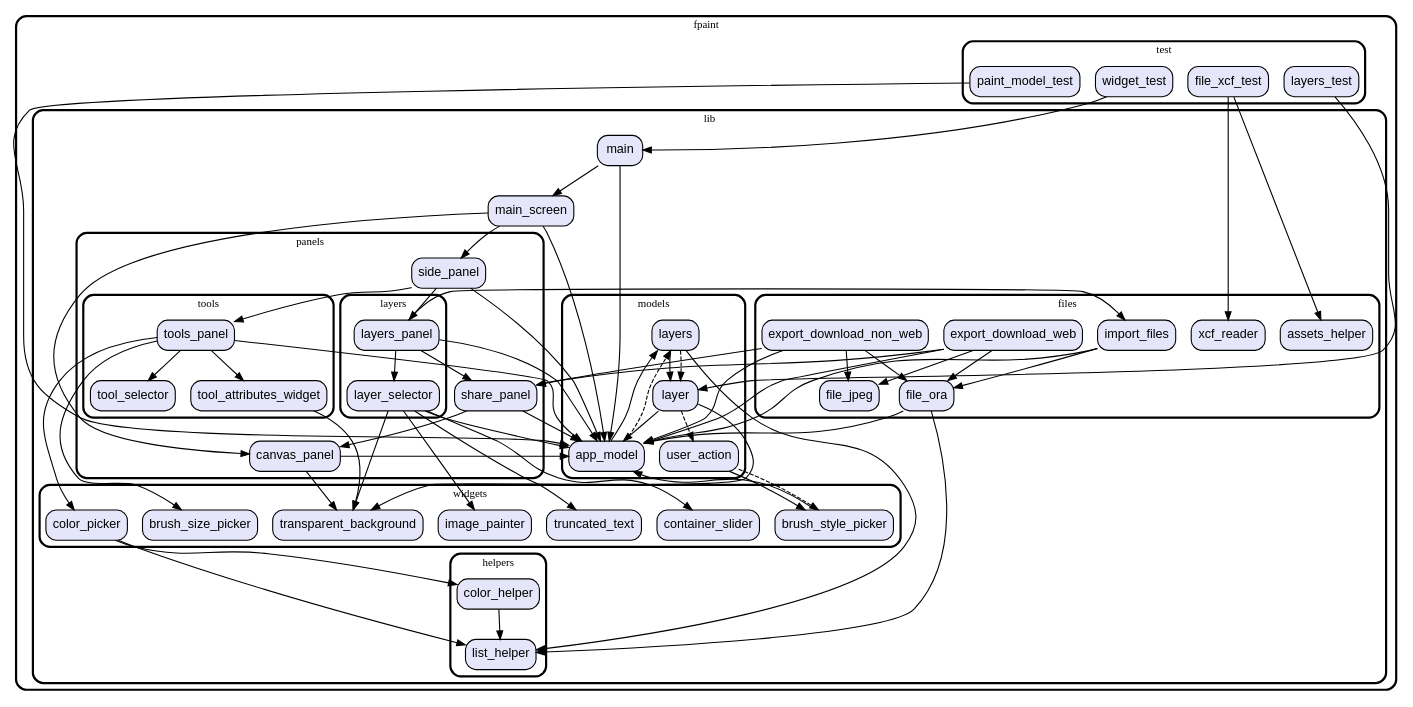
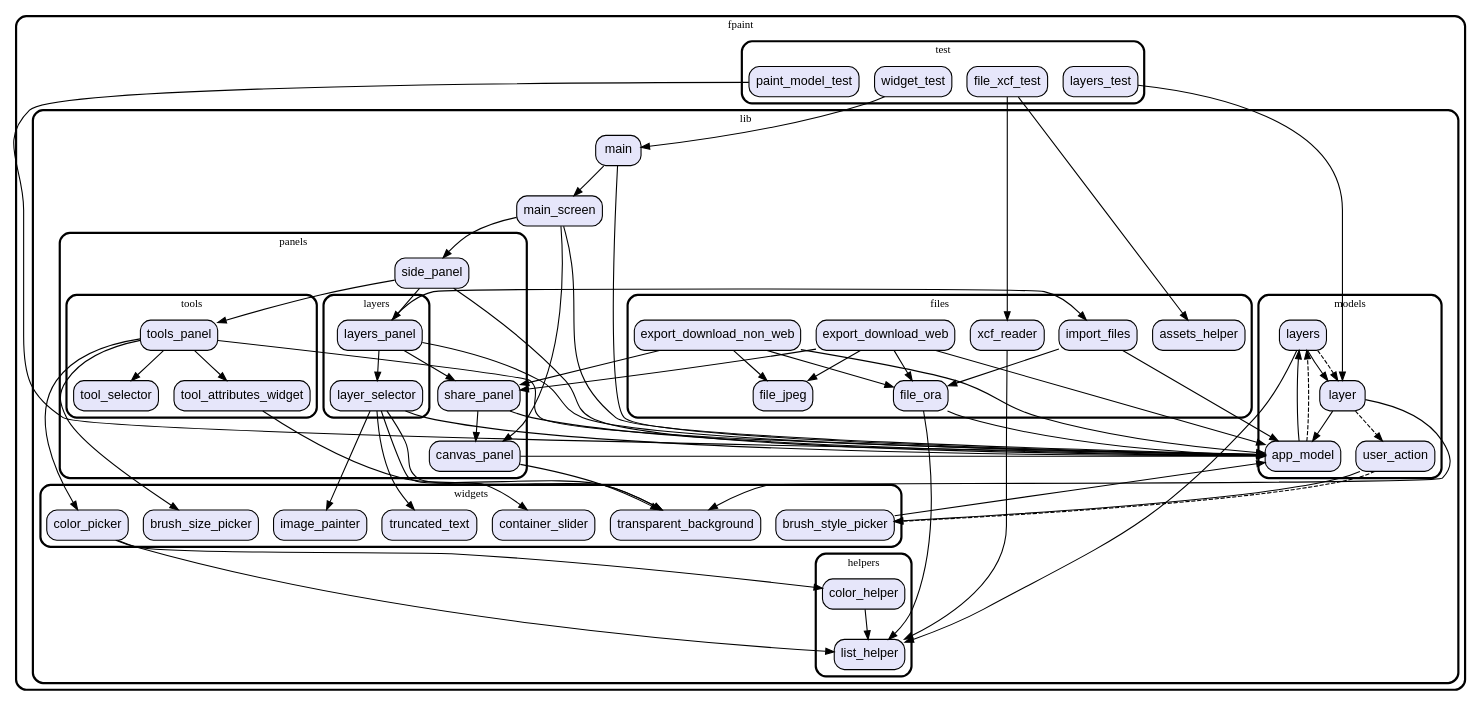
The diagram in graph.dot (vteam-com/fPaint), drawn with Graphviz before and after one commit. The commit also changed 6 other files, not shown here.

Commit message:
slightly improve XCF reader

```diff
--- a/graph.dot
+++ b/graph.dot
@@ -1,161 +1,162 @@
 digraph "" {
   graph [style=rounded fontname="Arial Black" fontsize=13 penwidth=2.6];
   node [shape=rect style="filled,rounded" fontname=Arial fontsize=15 fillcolor=Lavender penwidth=1.3];
   edge [penwidth=1.3];
   "/test/paint_model_test.dart" [label="paint_model_test"];
   "/test/widget_test.dart" [label="widget_test"];
   "/test/file_xcf_test.dart" [label="file_xcf_test"];
   "/test/layers_test.dart" [label="layers_test"];
   "/lib/panels/tools/tool_selector.dart" [label="tool_selector"];
   "/lib/panels/tools/tools_panel.dart" [label="tools_panel"];
   "/lib/panels/tools/tool_attributes_widget.dart" [label="tool_attributes_widget"];
   "/lib/panels/canvas_panel.dart" [label="canvas_panel"];
   "/lib/panels/layers/layer_selector.dart" [label="layer_selector"];
   "/lib/panels/layers/layers_panel.dart" [label="layers_panel"];
   "/lib/panels/side_panel.dart" [label="side_panel"];
   "/lib/panels/share_panel.dart" [label="share_panel"];
   "/lib/models/layers.dart" [label="layers"];
   "/lib/models/user_action.dart" [label="user_action"];
   "/lib/models/app_model.dart" [label="app_model"];
   "/lib/models/layer.dart" [label="layer"];
   "/lib/main.dart" [label="main"];
   "/lib/files/xcf_reader.dart" [label="xcf_reader"];
   "/lib/files/assets_helper.dart" [label="assets_helper"];
   "/lib/files/file_jpeg.dart" [label="file_jpeg"];
   "/lib/files/export_download_web.dart" [label="export_download_web"];
   "/lib/files/file_ora.dart" [label="file_ora"];
   "/lib/files/export_download_non_web.dart" [label="export_download_non_web"];
   "/lib/files/import_files.dart" [label="import_files"];
   "/lib/main_screen.dart" [label="main_screen"];
   "/lib/helpers/list_helper.dart" [label="list_helper"];
   "/lib/helpers/color_helper.dart" [label="color_helper"];
   "/lib/widgets/truncated_text.dart" [label="truncated_text"];
   "/lib/widgets/container_slider.dart" [label="container_slider"];
   "/lib/widgets/brush_size_picker.dart" [label="brush_size_picker"];
   "/lib/widgets/transparent_background.dart" [label="transparent_background"];
   "/lib/widgets/image_painter.dart" [label="image_painter"];
   "/lib/widgets/brush_style_picker.dart" [label="brush_style_picker"];
   "/lib/widgets/color_picker.dart" [label="color_picker"];
   subgraph "cluster~" {
     label="fpaint";
     subgraph "cluster~/test" {
       label="test";
       "/test/paint_model_test.dart";
       "/test/widget_test.dart";
       "/test/file_xcf_test.dart";
       "/test/layers_test.dart";
     }
     subgraph "cluster~/lib" {
       label="lib";
       "/lib/main.dart";
       "/lib/main_screen.dart";
       subgraph "cluster~/lib/panels" {
         label="panels";
         "/lib/panels/canvas_panel.dart";
         "/lib/panels/side_panel.dart";
         "/lib/panels/share_panel.dart";
         subgraph "cluster~/lib/panels/tools" {
           label="tools";
           "/lib/panels/tools/tool_selector.dart";
           "/lib/panels/tools/tools_panel.dart";
           "/lib/panels/tools/tool_attributes_widget.dart";
         }
         subgraph "cluster~/lib/panels/layers" {
           label="layers";
           "/lib/panels/layers/layer_selector.dart";
           "/lib/panels/layers/layers_panel.dart";
         }
       }
       subgraph "cluster~/lib/models" {
         label="models";
         "/lib/models/layers.dart";
         "/lib/models/user_action.dart";
         "/lib/models/app_model.dart";
         "/lib/models/layer.dart";
       }
       subgraph "cluster~/lib/files" {
         label="files";
         "/lib/files/xcf_reader.dart";
         "/lib/files/assets_helper.dart";
         "/lib/files/file_jpeg.dart";
         "/lib/files/export_download_web.dart";
         "/lib/files/file_ora.dart";
         "/lib/files/export_download_non_web.dart";
         "/lib/files/import_files.dart";
       }
       subgraph "cluster~/lib/helpers" {
         label="helpers";
         "/lib/helpers/list_helper.dart";
         "/lib/helpers/color_helper.dart";
       }
       subgraph "cluster~/lib/widgets" {
         label="widgets";
         "/lib/widgets/truncated_text.dart";
         "/lib/widgets/container_slider.dart";
         "/lib/widgets/brush_size_picker.dart";
         "/lib/widgets/transparent_background.dart";
         "/lib/widgets/image_painter.dart";
         "/lib/widgets/brush_style_picker.dart";
         "/lib/widgets/color_picker.dart";
       }
     }
   }
   "/test/paint_model_test.dart" -> "/lib/models/app_model.dart";
   "/test/widget_test.dart" -> "/lib/main.dart";
   "/test/file_xcf_test.dart" -> "/lib/files/assets_helper.dart";
   "/test/file_xcf_test.dart" -> "/lib/files/xcf_reader.dart";
   "/test/layers_test.dart" -> "/lib/models/layer.dart";
   "/lib/panels/tools/tools_panel.dart" -> "/lib/models/app_model.dart";
   "/lib/panels/tools/tools_panel.dart" -> "/lib/panels/tools/tool_attributes_widget.dart";
   "/lib/panels/tools/tools_panel.dart" -> "/lib/panels/tools/tool_selector.dart";
   "/lib/panels/tools/tools_panel.dart" -> "/lib/widgets/brush_size_picker.dart";
   "/lib/panels/tools/tools_panel.dart" -> "/lib/widgets/color_picker.dart";
   "/lib/panels/tools/tool_attributes_widget.dart" -> "/lib/widgets/transparent_background.dart";
   "/lib/panels/canvas_panel.dart" -> "/lib/models/app_model.dart";
   "/lib/panels/canvas_panel.dart" -> "/lib/widgets/transparent_background.dart";
   "/lib/panels/layers/layer_selector.dart" -> "/lib/models/app_model.dart";
   "/lib/panels/layers/layer_selector.dart" -> "/lib/widgets/container_slider.dart";
   "/lib/panels/layers/layer_selector.dart" -> "/lib/widgets/image_painter.dart";
   "/lib/panels/layers/layer_selector.dart" -> "/lib/widgets/transparent_background.dart";
   "/lib/panels/layers/layer_selector.dart" -> "/lib/widgets/truncated_text.dart";
   "/lib/panels/layers/layers_panel.dart" -> "/lib/files/import_files.dart";
   "/lib/panels/layers/layers_panel.dart" -> "/lib/models/app_model.dart";
   "/lib/panels/layers/layers_panel.dart" -> "/lib/panels/layers/layer_selector.dart";
   "/lib/panels/layers/layers_panel.dart" -> "/lib/panels/share_panel.dart";
   "/lib/panels/side_panel.dart" -> "/lib/models/app_model.dart";
   "/lib/panels/side_panel.dart" -> "/lib/panels/layers/layers_panel.dart";
   "/lib/panels/side_panel.dart" -> "/lib/panels/tools/tools_panel.dart";
   "/lib/panels/share_panel.dart" -> "/lib/models/app_model.dart";
   "/lib/panels/share_panel.dart" -> "/lib/panels/canvas_panel.dart";
   "/lib/models/layers.dart" -> "/lib/helpers/list_helper.dart";
   "/lib/models/layers.dart" -> "/lib/models/layer.dart";
   "/lib/models/layers.dart" -> "/lib/models/layer.dart" [style=dashed];
   "/lib/models/user_action.dart" -> "/lib/widgets/brush_style_picker.dart";
   "/lib/models/user_action.dart" -> "/lib/widgets/brush_style_picker.dart" [style=dashed];
   "/lib/models/app_model.dart" -> "/lib/models/layers.dart";
   "/lib/models/app_model.dart" -> "/lib/models/layers.dart" [style=dashed];
   "/lib/models/layer.dart" -> "/lib/models/app_model.dart";
   "/lib/models/layer.dart" -> "/lib/widgets/transparent_background.dart";
   "/lib/models/layer.dart" -> "/lib/models/user_action.dart" [style=dashed];
   "/lib/main.dart" -> "/lib/main_screen.dart";
   "/lib/main.dart" -> "/lib/models/app_model.dart";
+  "/lib/files/xcf_reader.dart" -> "/lib/helpers/list_helper.dart";
   "/lib/files/export_download_web.dart" -> "/lib/files/file_jpeg.dart";
   "/lib/files/export_download_web.dart" -> "/lib/files/file_ora.dart";
   "/lib/files/export_download_web.dart" -> "/lib/models/app_model.dart";
   "/lib/files/export_download_web.dart" -> "/lib/panels/share_panel.dart";
   "/lib/files/file_ora.dart" -> "/lib/helpers/list_helper.dart";
   "/lib/files/file_ora.dart" -> "/lib/models/app_model.dart";
   "/lib/files/export_download_non_web.dart" -> "/lib/files/file_jpeg.dart";
   "/lib/files/export_download_non_web.dart" -> "/lib/files/file_ora.dart";
   "/lib/files/export_download_non_web.dart" -> "/lib/models/app_model.dart";
   "/lib/files/export_download_non_web.dart" -> "/lib/panels/share_panel.dart";
   "/lib/files/import_files.dart" -> "/lib/files/file_ora.dart";
   "/lib/files/import_files.dart" -> "/lib/models/app_model.dart";
   "/lib/main_screen.dart" -> "/lib/panels/canvas_panel.dart";
   "/lib/main_screen.dart" -> "/lib/panels/side_panel.dart";
   "/lib/main_screen.dart" -> "/lib/models/app_model.dart";
   "/lib/helpers/color_helper.dart" -> "/lib/helpers/list_helper.dart";
   "/lib/widgets/brush_style_picker.dart" -> "/lib/models/app_model.dart";
   "/lib/widgets/color_picker.dart" -> "/lib/helpers/color_helper.dart";
   "/lib/widgets/color_picker.dart" -> "/lib/helpers/list_helper.dart";
 }
```
